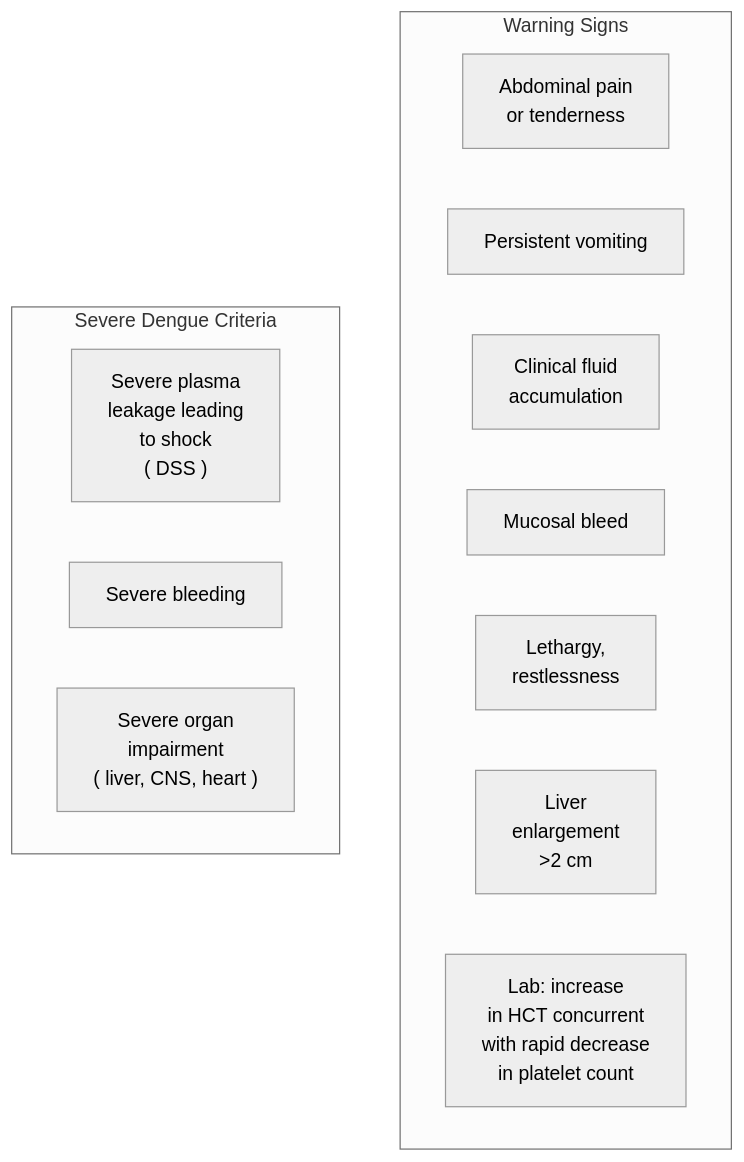
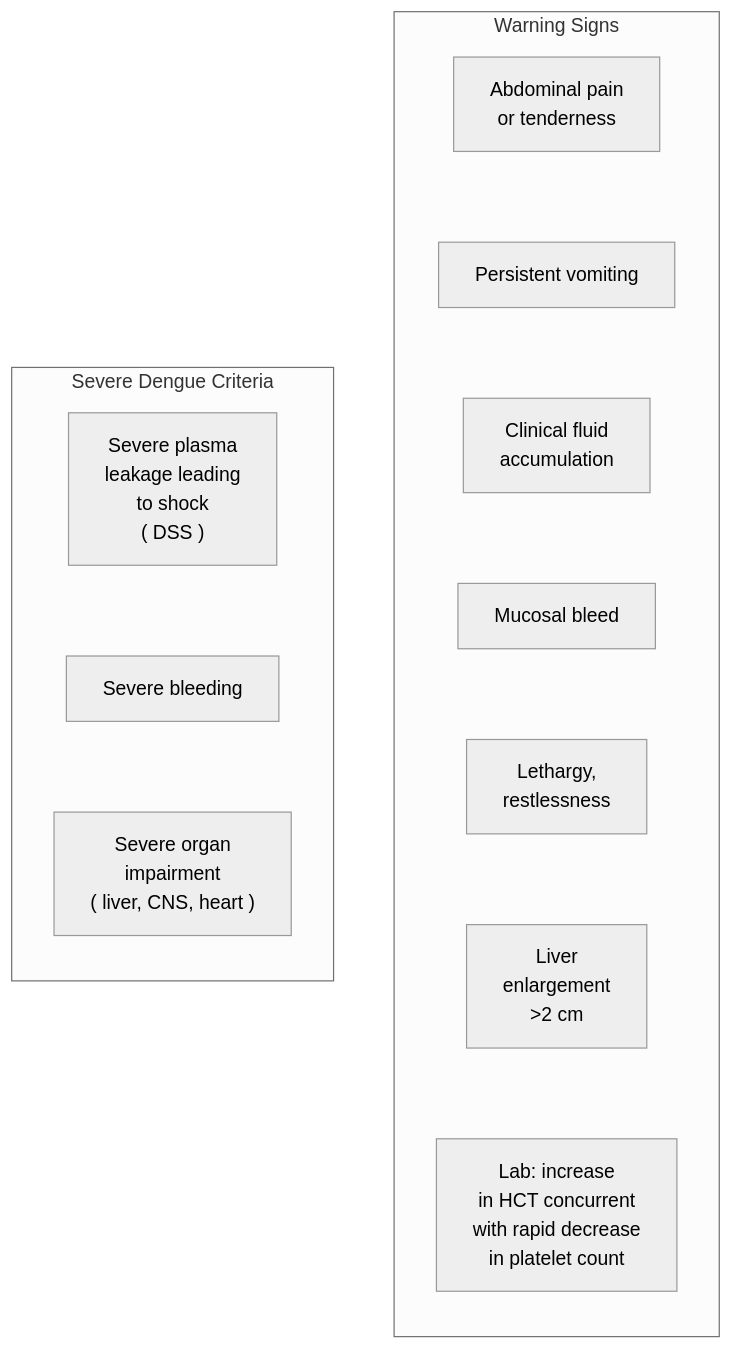
The third of 3 diagrams in src/site/notes/Infectious Diseases/Dengue.md (rubanbalaji-g/dnb-theory), drawn with Mermaid (neutral theme) before and after one commit.

Commit message:
Published multiple files

````diff
--- a/src/site/notes/Infectious Diseases/Dengue.md
+++ b/src/site/notes/Infectious Diseases/Dengue.md
@@ -170,20 +168,28 @@
 ```mermaid
-graph TD
-  subgraph "Warning Signs"
-        direction LR
+graph TB
+    subgraph "Warning Signs"
+        direction TB
         WS1[Abdominal pain <br>or tenderness]
         WS2[Persistent vomiting]
         WS3[Clinical fluid <br>accumulation]
         WS4[Mucosal bleed]
         WS5[Lethargy, <br>restlessness]
         WS6[Liver <br>enlargement <br> >2 cm]
         WS7[Lab: increase <br>in HCT concurrent <br>with rapid decrease <br>in platelet count]
+
+        %% Invisible links to force vertical stacking
+        WS1 ~~~ WS2 ~~~ WS3 ~~~ WS4 ~~~ WS5 ~~~ WS6 ~~~ WS7
     end
     
     subgraph "Severe Dengue Criteria"
-        direction LR
+        direction TB
         SD1[Severe plasma <br>leakage leading <br>to shock <br>&lpar; DSS &rpar;]
         SD2[Severe bleeding]
         SD3[Severe organ <br>impairment <br>&lpar; liver, CNS, heart &rpar;]
+
+        %% Invisible links to force vertical stacking
+        SD1 ~~~ SD2 ~~~ SD3
     end
+
+
 ```
````
